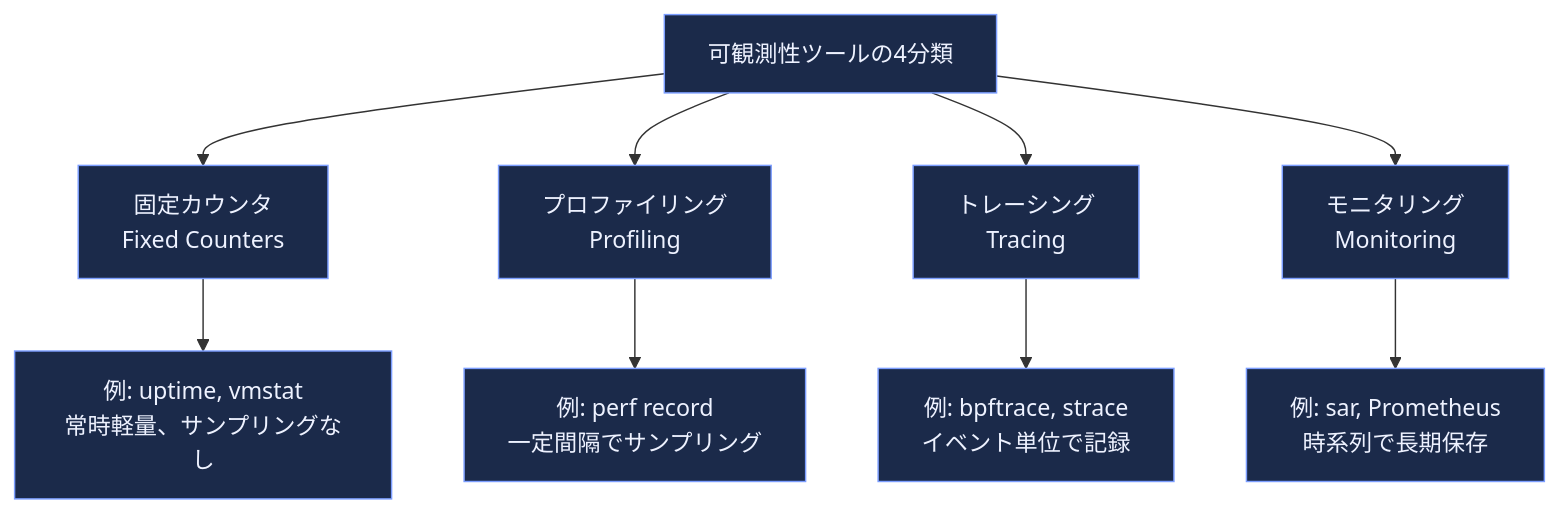
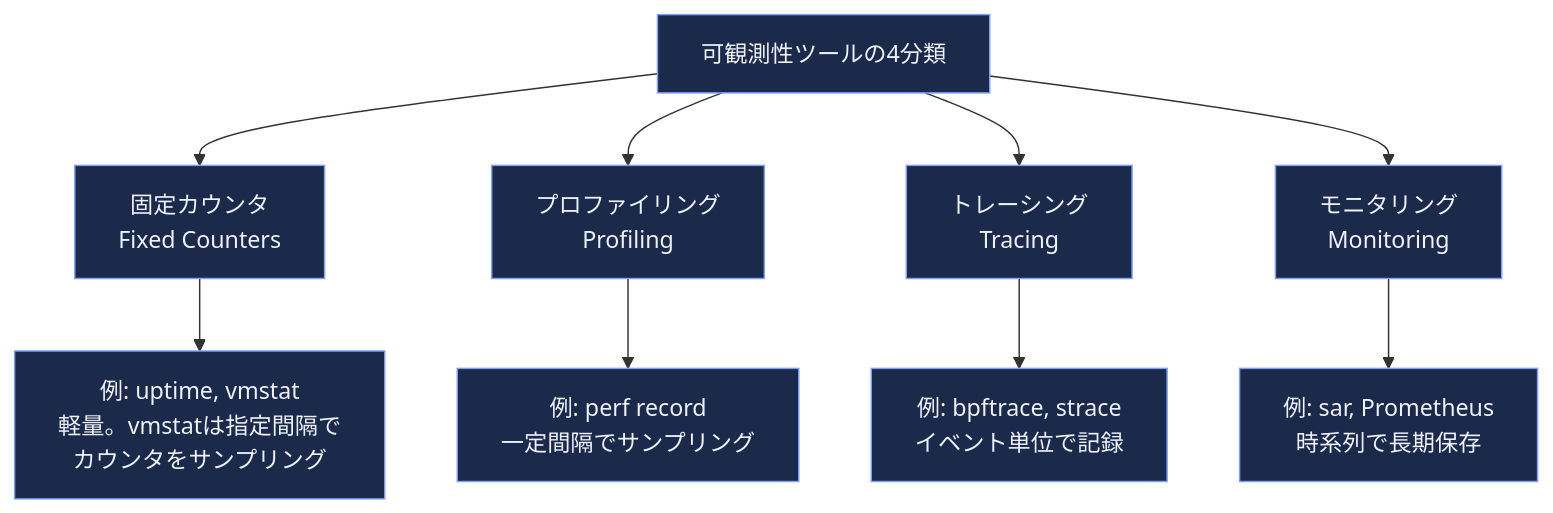
The second of 18 diagrams in Systems-performance-guide.md (myoshi2891/Cloud-Infrastructure-Studies), drawn with Mermaid before and after one commit. The commit also changed other lines of this file, not shown here.

````diff
--- a/Systems-performance-guide.md
+++ b/Systems-performance-guide.md
@@ -68,16 +68,16 @@
 ```mermaid
 flowchart TB
     OBS["可観測性ツールの4分類"]
     OBS --> FC["固定カウンタ<br/>Fixed Counters"]
     OBS --> PR["プロファイリング<br/>Profiling"]
     OBS --> TR["トレーシング<br/>Tracing"]
     OBS --> MN["モニタリング<br/>Monitoring"]
 
-    FC --> FC1["例: uptime, vmstat<br/>常時軽量、サンプリングなし"]
+    FC --> FC1["例: uptime, vmstat<br/>軽量。vmstatは指定間隔で<br/>カウンタをサンプリング"]
     PR --> PR1["例: perf record<br/>一定間隔でサンプリング"]
     TR --> TR1["例: bpftrace, strace<br/>イベント単位で記録"]
     MN --> MN1["例: sar, Prometheus<br/>時系列で長期保存"]
 
     classDef box fill:#1b2a4a,stroke:#7c9eff,color:#eef2ff;
     class OBS,FC,PR,TR,MN,FC1,PR1,TR1,MN1 box
 ```
````
